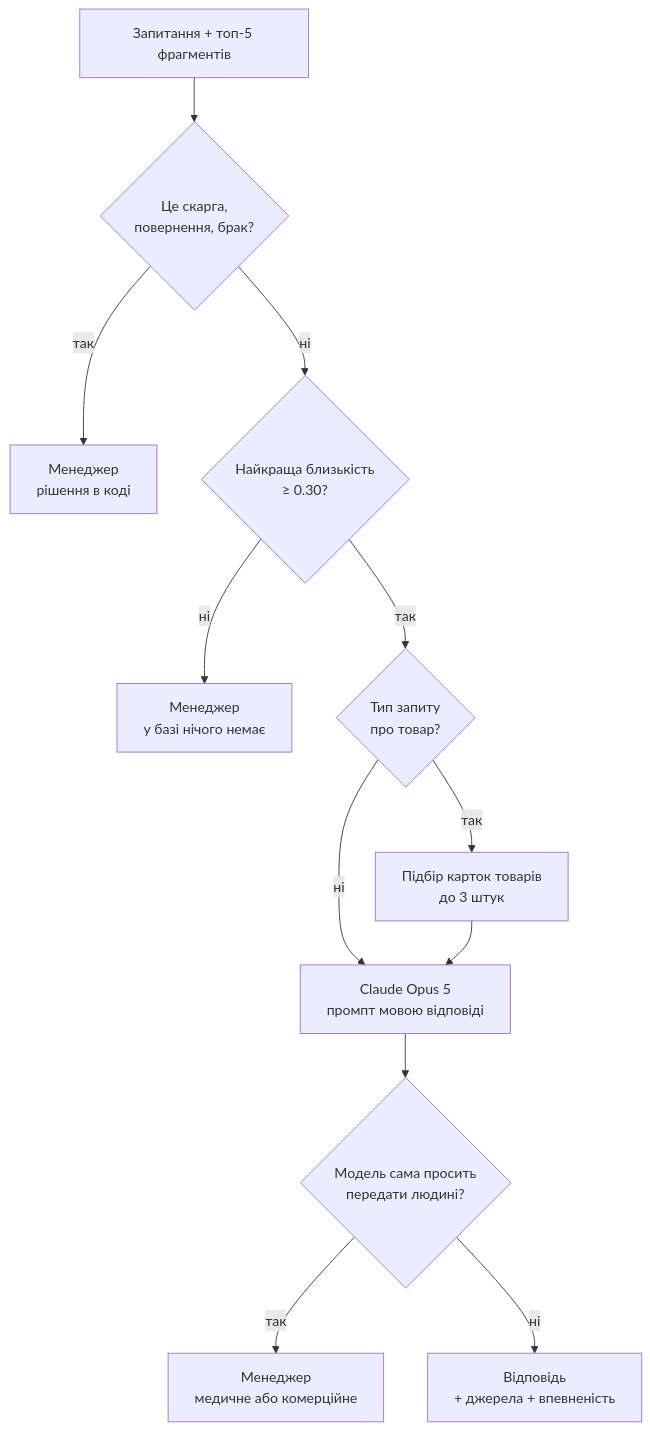
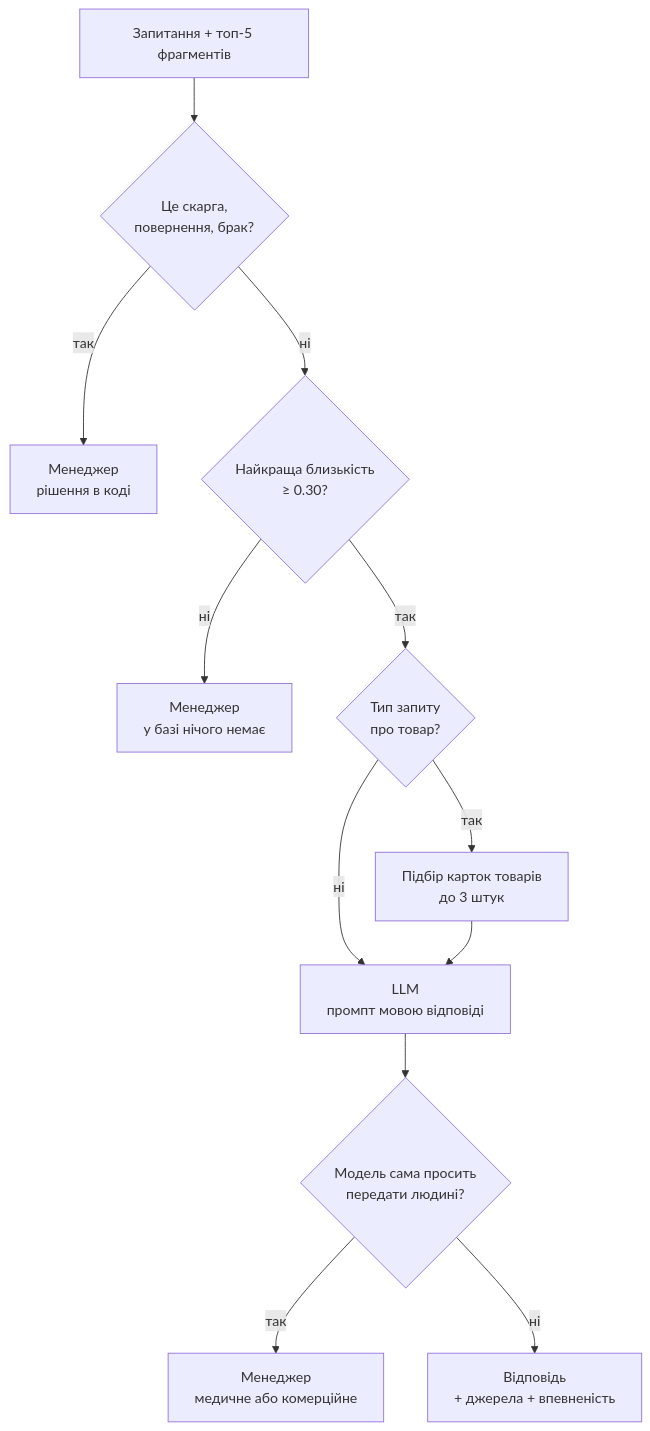
Before and after one commit to kindrakevich-agency/demax: the fourth of 6 diagrams in RAG.md, drawn with Mermaid. The commit also changed other lines of this file and 2 other files, not shown here.

````diff
--- a/RAG.md
+++ b/RAG.md
@@ -159,14 +158,14 @@
 ```mermaid
 flowchart TB
     IN["Запитання + топ-5 фрагментів"] --> C1{"Це скарга,<br/>повернення, брак?"}
     C1 -- "так" --> ESC1["Менеджер<br/>рішення в коді"]
     C1 -- "ні" --> C2{"Найкраща близькість<br/>≥ 0.30?"}
     C2 -- "ні" --> ESC2["Менеджер<br/>у базі нічого немає"]
     C2 -- "так" --> C3{"Тип запиту<br/>про товар?"}
     C3 -- "так" --> PR["Підбір карток товарів<br/>до 3 штук"]
     C3 -- "ні" --> GEN
-    PR --> GEN["Claude Opus 5<br/>промпт мовою відповіді"]
+    PR --> GEN["LLM<br/>промпт мовою відповіді"]
     GEN --> C4{"Модель сама просить<br/>передати людині?"}
     C4 -- "так" --> ESC3["Менеджер<br/>медичне або комерційне"]
     C4 -- "ні" --> OK["Відповідь<br/>+ джерела + впевненість"]
 ```
````
